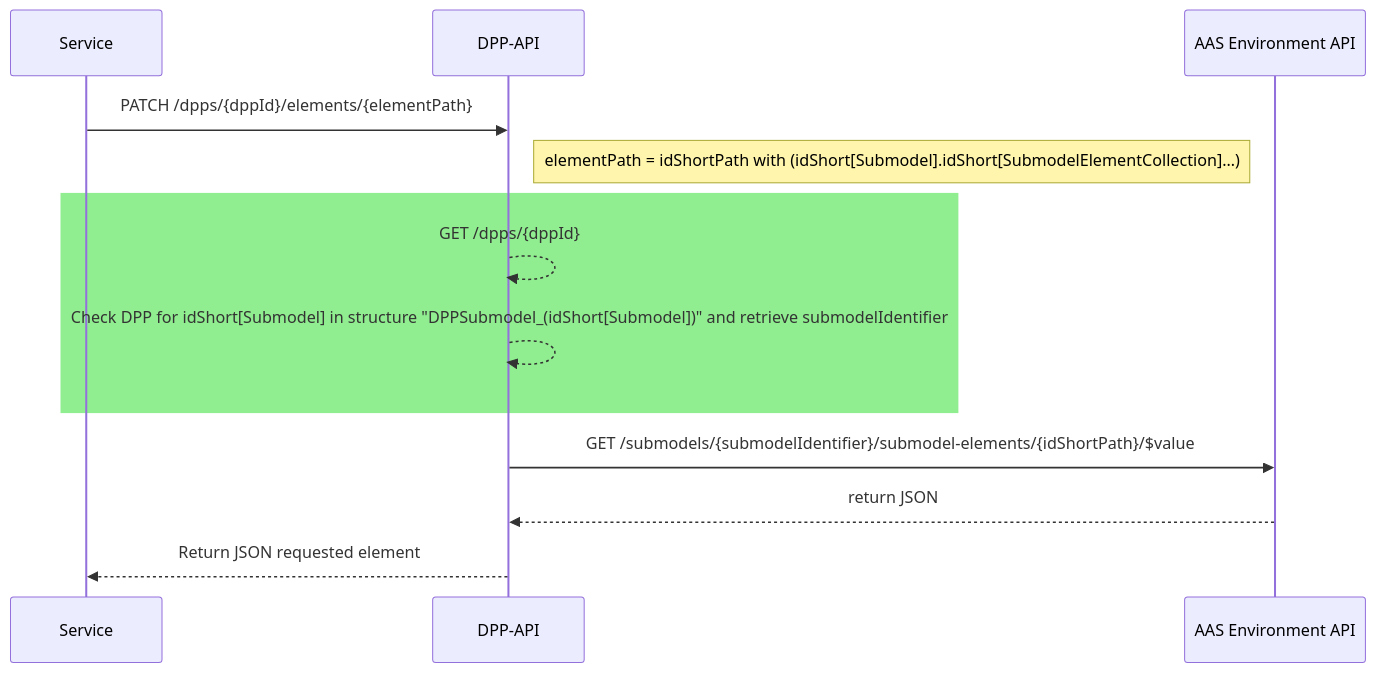
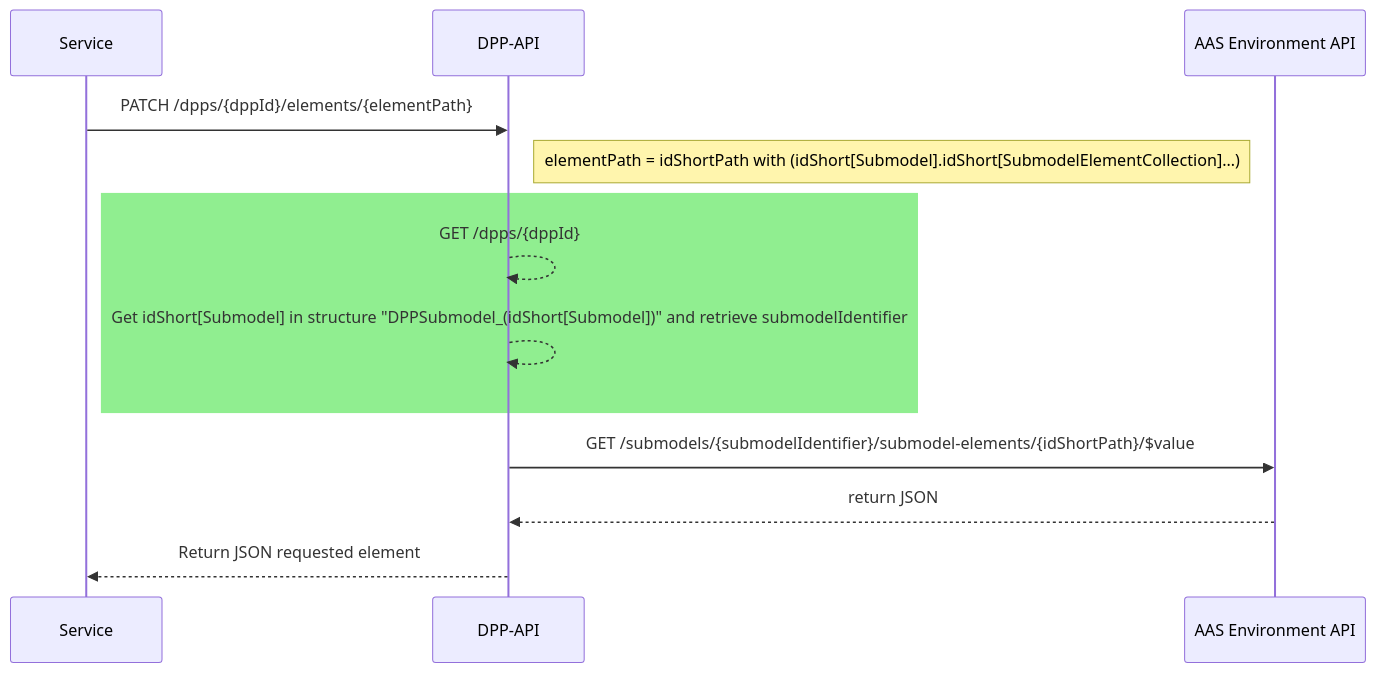
Before and after one commit to DHBW-TINF24F/Team6-BaSyx-DPP-API: the tenth of 10 diagrams in PROJECT/SAS/mapping.md, drawn with Mermaid. The commit also changed other lines of this file, not shown here.

Commit message:
added some informational tables to GET /dpps/{dppId}/elements/{elementPath} & added basic parameter and important api call overview tables

````diff
--- a/PROJECT/SAS/mapping.md
+++ b/PROJECT/SAS/mapping.md
@@ -352,19 +353,19 @@
 ```mermaid
 sequenceDiagram
   participant Web as Service
   participant API as DPP-API
   participant Env as AAS Environment API
 
   Web->>API: PATCH /dpps/{dppId}/elements/{elementPath}
 
   Note right of API: elementPath = idShortPath with (idShort[Submodel].idShort[SubmodelElementCollection]…)
   rect lightgreen
     API-->>API: GET /dpps/{dppId}
-    API-->>API: Check DPP for idShort[Submodel] in structure "DPPSubmodel_(idShort[Submodel])" and retrieve submodelIdentifier
+    API-->>API: Get idShort[Submodel] in structure "DPPSubmodel_(idShort[Submodel])" and retrieve submodelIdentifier
   end
 
   API->>Env: GET /submodels/{submodelIdentifier}/submodel-elements/{idShortPath}/$value
   Env-->>API: return JSON
 
   API-->>Web: Return JSON requested element
 ```
````
